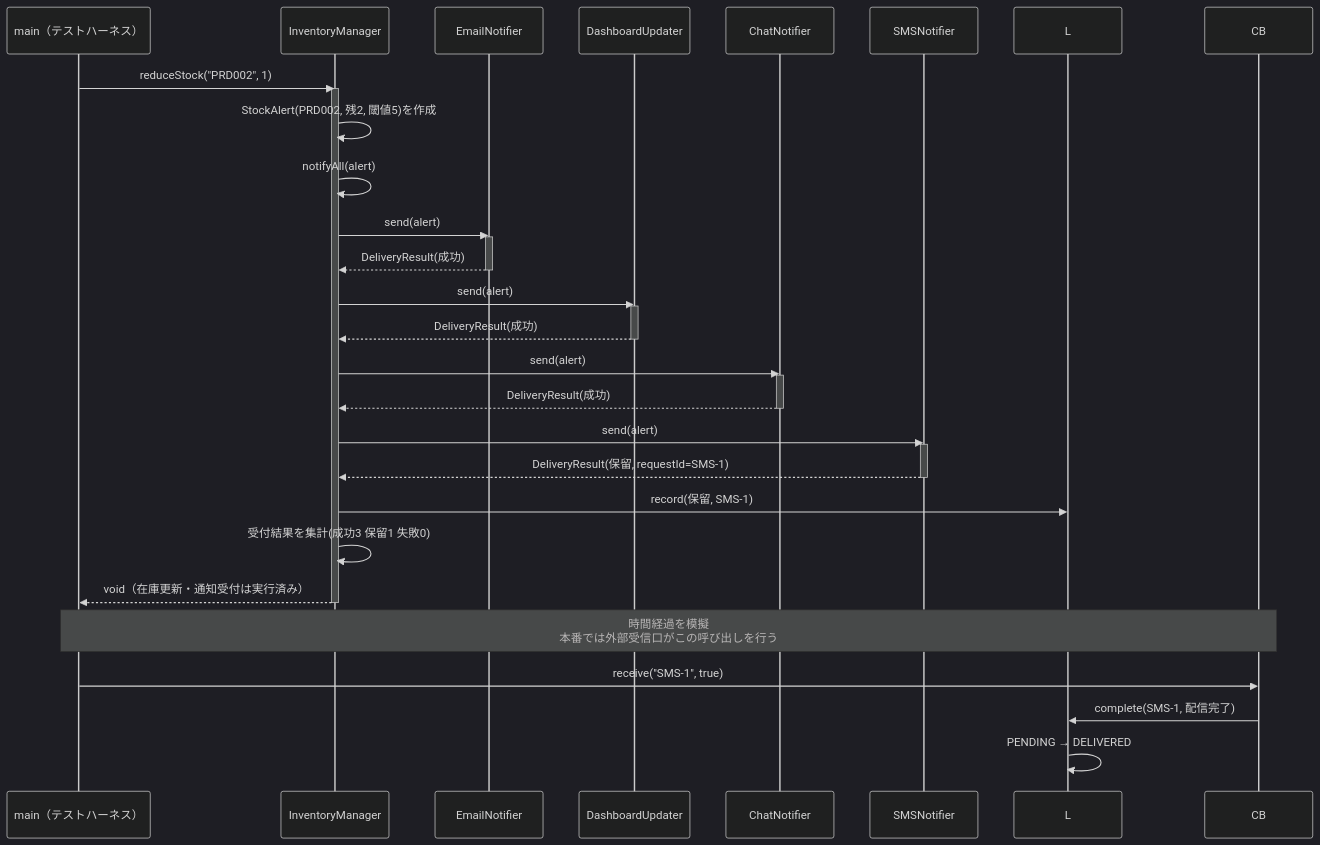
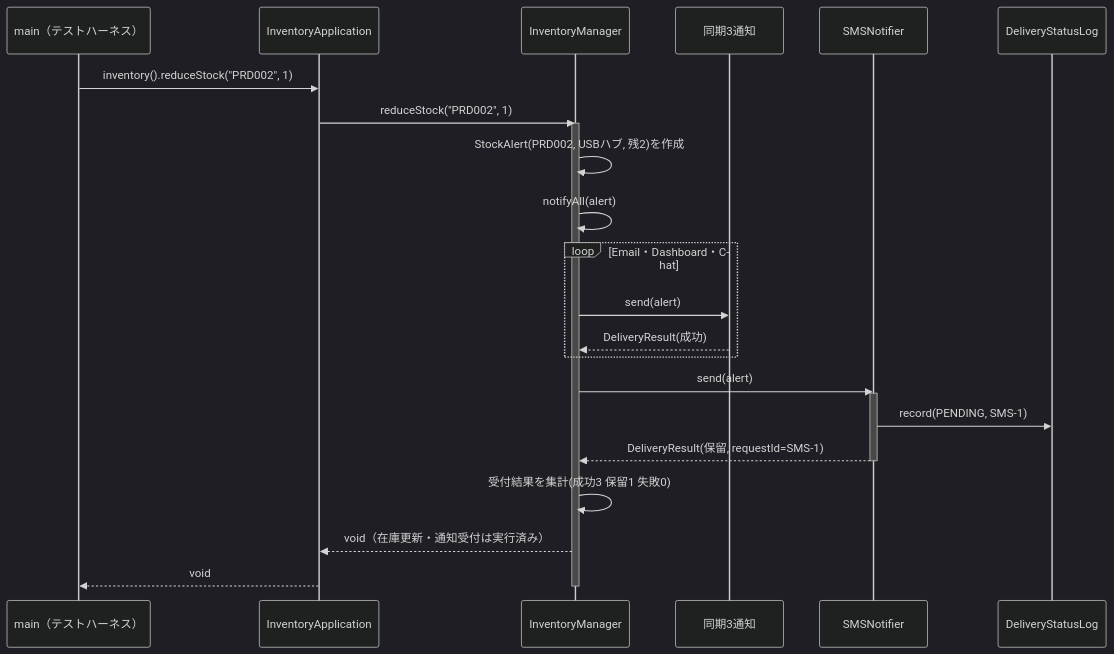
Before and after one commit to kumachan1101-pixel/DesignPattern: diagram 14 of 18 in kindle/design-patterns/books/volume01-core-patterns/output/05-chapter03.md, drawn with Mermaid (dark theme). The commit also changed other lines of this file and 41 other files, not shown here.

````diff
--- a/kindle/design-patterns/books/volume01-core-patterns/output/05-chapter03.md
+++ b/kindle/design-patterns/books/volume01-core-patterns/output/05-chapter03.md
@@ -2377,38 +2569,28 @@
 ```mermaid
 sequenceDiagram
     participant M as main（テストハーネス）
+    participant A as InventoryApplication
     participant IM as InventoryManager
-    participant E as EmailNotifier
-    participant D as DashboardUpdater
-    participant C as ChatNotifier
+    participant N as 同期3通知
     participant S as SMSNotifier
+    participant L as DeliveryStatusLog
 
-    M->>IM: reduceStock("PRD002", 1)
+    M->>A: inventory().reduceStock("PRD002", 1)
+    A->>IM: reduceStock("PRD002", 1)
     activate IM
-    IM->>IM: StockAlert(PRD002, 残2, 閾値5)を作成
+    IM->>IM: StockAlert(PRD002, USBハブ, 残2)を作成
     IM->>IM: notifyAll(alert)
-    IM->>E: send(alert)
-    activate E
-    E-->>IM: DeliveryResult(成功)
-    deactivate E
-    IM->>D: send(alert)
-    activate D
-    D-->>IM: DeliveryResult(成功)
-    deactivate D
-    IM->>C: send(alert)
-    activate C
-    C-->>IM: DeliveryResult(成功)
-    deactivate C
+    loop Email・Dashboard・Chat
+        IM->>N: send(alert)
+        N-->>IM: DeliveryResult(成功)
+    end
     IM->>S: send(alert)
     activate S
+    S->>L: record(PENDING, SMS-1)
     S-->>IM: DeliveryResult(保留, requestId=SMS-1)
     deactivate S
-    IM->>L: record(保留, SMS-1)
     IM->>IM: 受付結果を集計(成功3 保留1 失敗0)
-    IM-->>M: void（在庫更新・通知受付は実行済み）
+    IM-->>A: void（在庫更新・通知受付は実行済み）
+    A-->>M: void
     deactivate IM
-    Note over M,CB: 時間経過を模擬<br>本番では外部受信口がこの呼び出しを行う
-    M->>CB: receive("SMS-1", true)
-    CB->>L: complete(SMS-1, 配信完了)
-    L->>L: PENDING → DELIVERED
 ```
````
